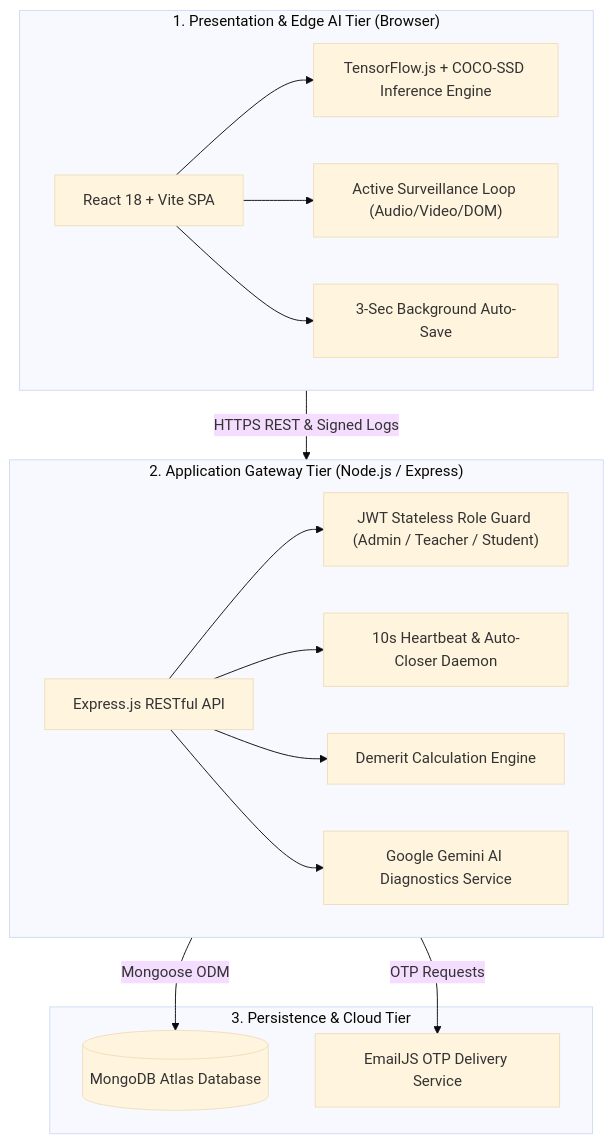
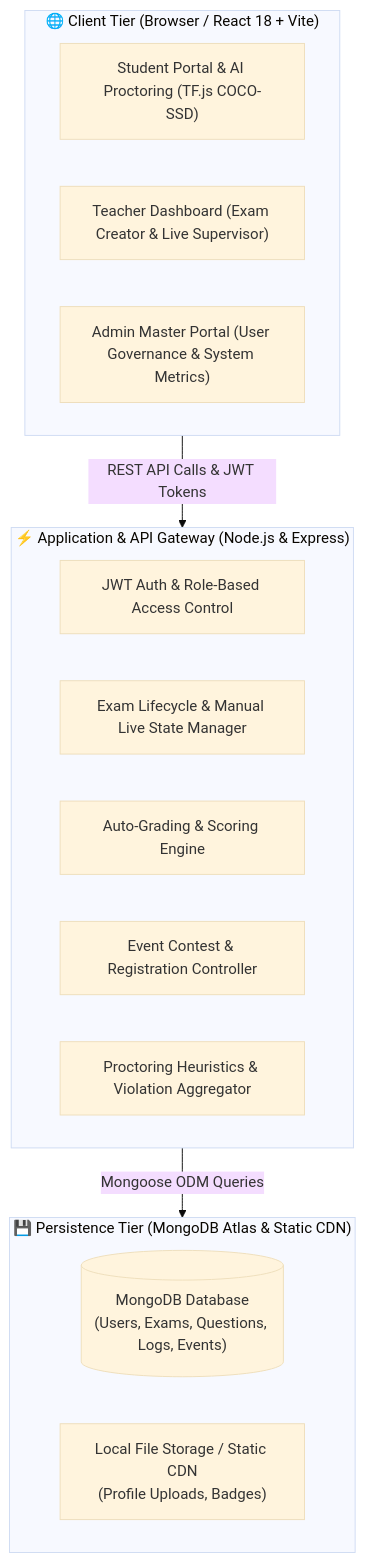
The diagram in README.md (mehedi-11/safeExam.Ai), drawn with Mermaid (base theme) before and after one commit. The commit also changed other lines of this file and 32 other files, not shown here.

Commit message:
feat: add one-click server launchers, student score 0X/YY padding, 100% manual exam live control, and clean dead code

````diff
--- a/README.md
+++ b/README.md
@@ -83,33 +25,24 @@
 ```mermaid
 flowchart TD
-    subgraph ClientTier ["1. Presentation & Edge AI Tier (Browser)"]
-        UI["React 18 + Vite SPA"]
-        TF["TensorFlow.js + COCO-SSD Inference Engine"]
-        Surv["Active Surveillance Loop (Audio/Video/DOM)"]
-        AutoSave["3-Sec Background Auto-Save"]
-        UI --> TF
-        UI --> Surv
-        UI --> AutoSave
+    subgraph ClientTier["🌐 Client Tier (Browser / React 18 + Vite)"]
+        A1["Student Portal & AI Proctoring (TF.js COCO-SSD)"]
+        A2["Teacher Dashboard (Exam Creator & Live Supervisor)"]
+        A3["Admin Master Portal (User Governance & System Metrics)"]
     end
 
-    subgraph ServerTier ["2. Application Gateway Tier (Node.js / Express)"]
-        API["Express.js RESTful API"]
-        Auth["JWT Stateless Role Guard (Admin / Teacher / Student)"]
-        Heartbeat["10s Heartbeat & Auto-Closer Daemon"]
-        Penalty["Demerit Calculation Engine"]
-        Gemini["Google Gemini AI Diagnostics Service"]
-        API --> Auth
-        API --> Heartbeat
-        API --> Penalty
-        API --> Gemini
+    subgraph APITier["⚡ Application & API Gateway (Node.js & Express)"]
+        B1["JWT Auth & Role-Based Access Control"]
+        B2["Exam Lifecycle & Manual Live State Manager"]
+        B3["Auto-Grading & Scoring Engine"]
+        B4["Event Contest & Registration Controller"]
+        B5["Proctoring Heuristics & Violation Aggregator"]
     end
 
-    subgraph DataTier ["3. Persistence & Cloud Tier"]
-        Mongo[("MongoDB Atlas Database")]
-        EmailSvc["EmailJS OTP Delivery Service"]
+    subgraph DataTier["💾 Persistence Tier (MongoDB Atlas & Static CDN)"]
+        C1[("MongoDB Database\n(Users, Exams, Questions, Logs, Events)")]
+        C2["Local File Storage / Static CDN\n(Profile Uploads, Badges)"]
     end
 
-    ClientTier -- "HTTPS REST & Signed Logs" --> ServerTier
-    ServerTier -- "Mongoose ODM" --> Mongo
-    ServerTier -- "OTP Requests" --> EmailSvc
+    ClientTier -->|REST API Calls & JWT Tokens| APITier
+    APITier -->|Mongoose ODM Queries| DataTier
 ```
````
